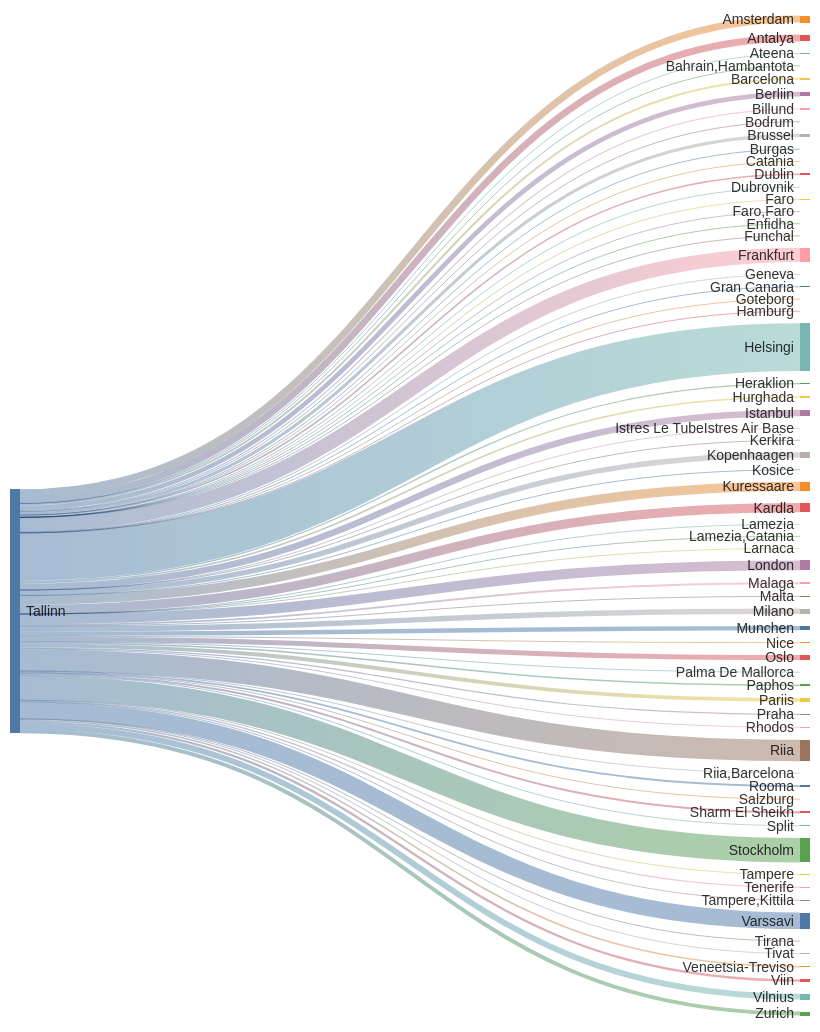
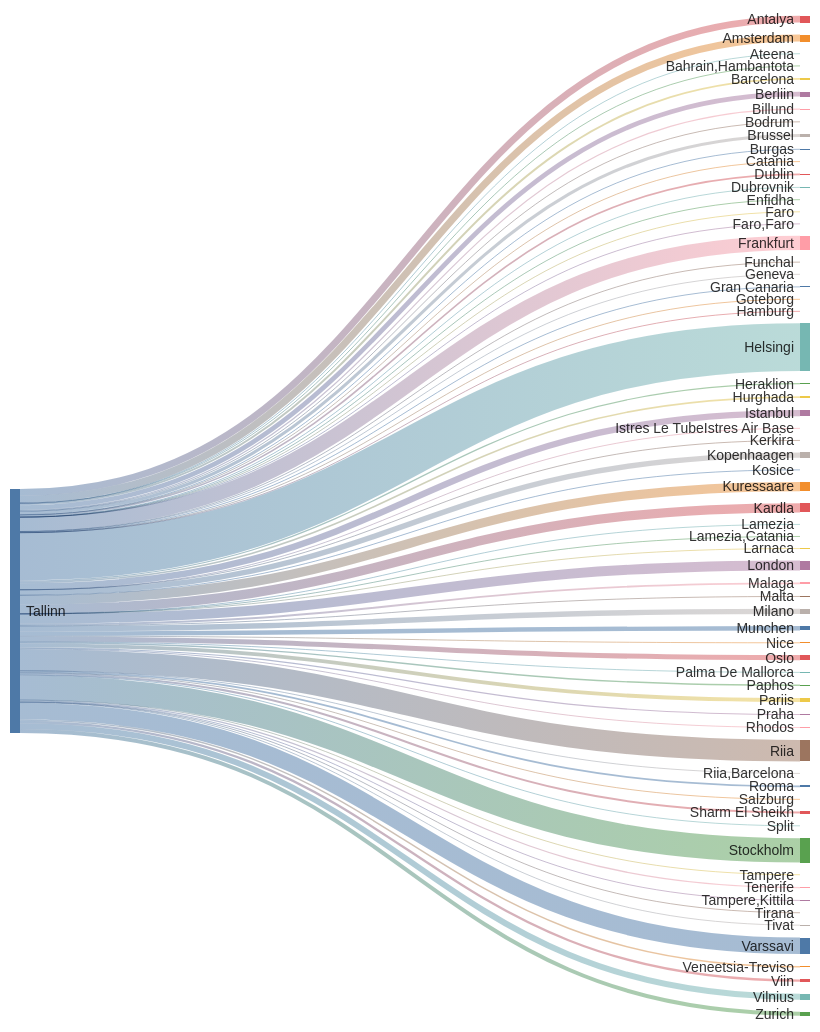
One commit to rainermesi/tll-airport-departures changed the second of 2 diagrams in README.md. Above: the diagram before and after it, drawn with Mermaid. The commit also changed other lines of this file and 1 other file, not shown here.

````diff
--- a/README.md
+++ b/README.md
@@ -34,77 +34,77 @@
 ```mermaid
 ---
 config:
   sankey:
     showValues: false
     width: 800
     height: 1000
 ---
 sankey-beta
 %% source,target,value
-Tallinn,Amsterdam,319
-Tallinn,Antalya,309
+Tallinn,Amsterdam,321
+Tallinn,Antalya,311
 Tallinn,Ateena,16
 Tallinn,"Bahrain,Hambantota",1
 Tallinn,Barcelona,89
-Tallinn,Berliin,212
+Tallinn,Berliin,214
 Tallinn,Billund,53
 Tallinn,Bodrum,11
 Tallinn,Brussel,141
-Tallinn,Burgas,23
+Tallinn,Burgas,24
 Tallinn,Catania,2
 Tallinn,Dublin,71
 Tallinn,Dubrovnik,21
 Tallinn,Enfidha,7
 Tallinn,Faro,4
 Tallinn,"Faro,Faro",1
-Tallinn,Frankfurt,646
+Tallinn,Frankfurt,648
 Tallinn,Funchal,5
 Tallinn,Geneva,13
 Tallinn,Gran Canaria,38
 Tallinn,Goteborg,1
 Tallinn,Hamburg,2
-Tallinn,Helsingi,2171
-Tallinn,Heraklion,53
+Tallinn,Helsingi,2181
+Tallinn,Heraklion,54
 Tallinn,Hurghada,75
-Tallinn,Istanbul,292
+Tallinn,Istanbul,293
 Tallinn,Istres Le TubeIstres Air Base,2
 Tallinn,Kerkira,4
-Tallinn,Kopenhaagen,243
+Tallinn,Kopenhaagen,246
 Tallinn,Kosice,1
-Tallinn,Kuressaare,421
-Tallinn,Kardla,421
+Tallinn,Kuressaare,423
+Tallinn,Kardla,423
 Tallinn,Lamezia,1
 Tallinn,"Lamezia,Catania",3
 Tallinn,Larnaca,4
-Tallinn,London,449
+Tallinn,London,450
 Tallinn,Malaga,84
 Tallinn,Malta,17
-Tallinn,Milano,248
-Tallinn,Munchen,198
-Tallinn,Nice,28
-Tallinn,Oslo,229
+Tallinn,Milano,249
+Tallinn,Munchen,200
+Tallinn,Nice,29
+Tallinn,Oslo,230
 Tallinn,Palma De Mallorca,21
 Tallinn,Paphos,66
-Tallinn,Pariis,175
+Tallinn,Pariis,176
 Tallinn,Praha,55
 Tallinn,Rhodos,36
-Tallinn,Riia,979
+Tallinn,Riia,983
 Tallinn,"Riia,Barcelona",1
 Tallinn,Rooma,80
 Tallinn,Salzburg,14
 Tallinn,Sharm El Sheikh,92
 Tallinn,Split,29
-Tallinn,Stockholm,1109
+Tallinn,Stockholm,1114
 Tallinn,Tampere,17
 Tallinn,"Tampere,Kittila",21
 Tallinn,Tenerife,58
 Tallinn,Tirana,9
 Tallinn,Tivat,31
-Tallinn,Varssavi,751
+Tallinn,Varssavi,754
 Tallinn,Veneetsia-Treviso,67
 Tallinn,Viin,106
-Tallinn,Vilnius,267
-Tallinn,Zurich,181
+Tallinn,Vilnius,269
+Tallinn,Zurich,182
 
 
 ```
````
